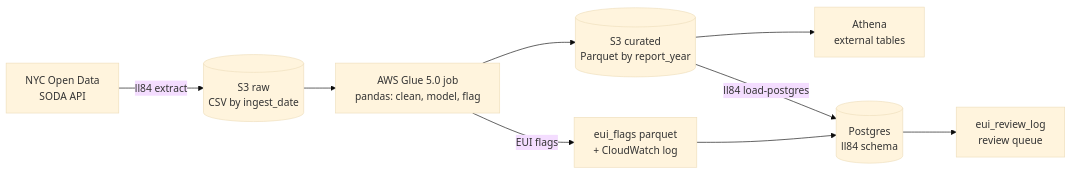
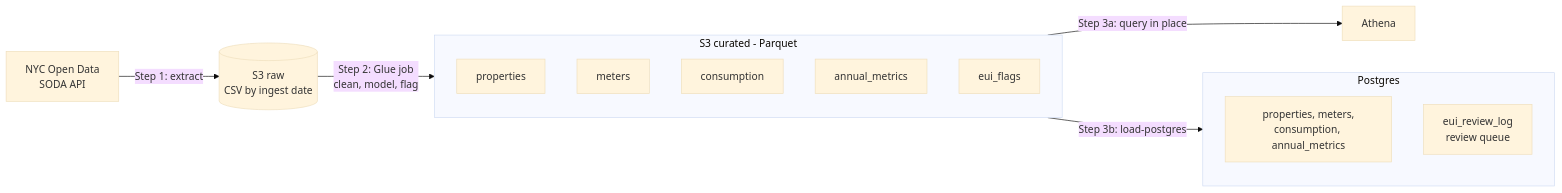
The first of 2 diagrams in README.md (mukundkomati/nyc-ll84-energy-pipeline), drawn with Mermaid (base theme) before and after one commit. The commit also changed other lines of this file, not shown here.

Commit message:
Fix architecture diagram: flags live in curated S3, single load into Postgres

````diff
--- a/README.md
+++ b/README.md
@@ -22,11 +22,23 @@
 ```mermaid
 flowchart LR
-    A[NYC Open Data<br/>SODA API] -->|ll84 extract| B[(S3 raw<br/>CSV by ingest_date)]
-    B --> C[AWS Glue 5.0 job<br/>pandas: clean, model, flag]
-    C --> D[(S3 curated<br/>Parquet by report_year)]
-    D --> E[Athena<br/>external tables]
-    D -->|ll84 load-postgres| F[(Postgres<br/>ll84 schema)]
-    C -->|EUI flags| G[eui_flags parquet<br/>+ CloudWatch log]
-    G --> F
-    F --> H[eui_review_log<br/>review queue]
+    A[NYC Open Data<br/>SODA API] -->|Step 1: extract| B[(S3 raw<br/>CSV by ingest date)]
+    B -->|Step 2: Glue job<br/>clean, model, flag| D
+
+    subgraph D [S3 curated - Parquet]
+        direction TB
+        D1[properties]
+        D2[meters]
+        D3[consumption]
+        D4[annual_metrics]
+        D5[eui_flags]
+    end
+
+    D -->|Step 3a: query in place| E[Athena]
+    D -->|Step 3b: load-postgres| F
+
+    subgraph F [Postgres]
+        direction TB
+        F1[properties, meters,<br/>consumption, annual_metrics]
+        F2[eui_review_log<br/>review queue]
+    end
 ```
````
